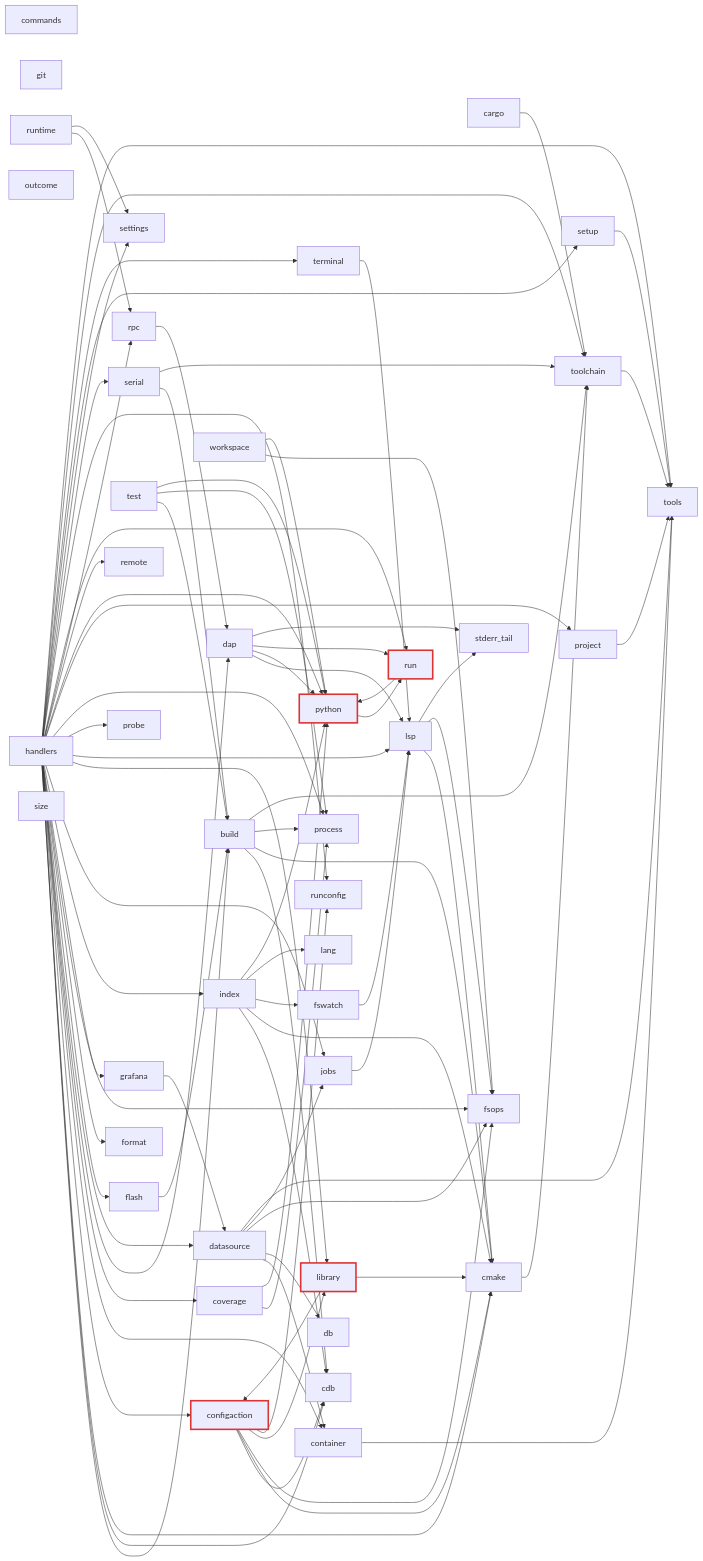
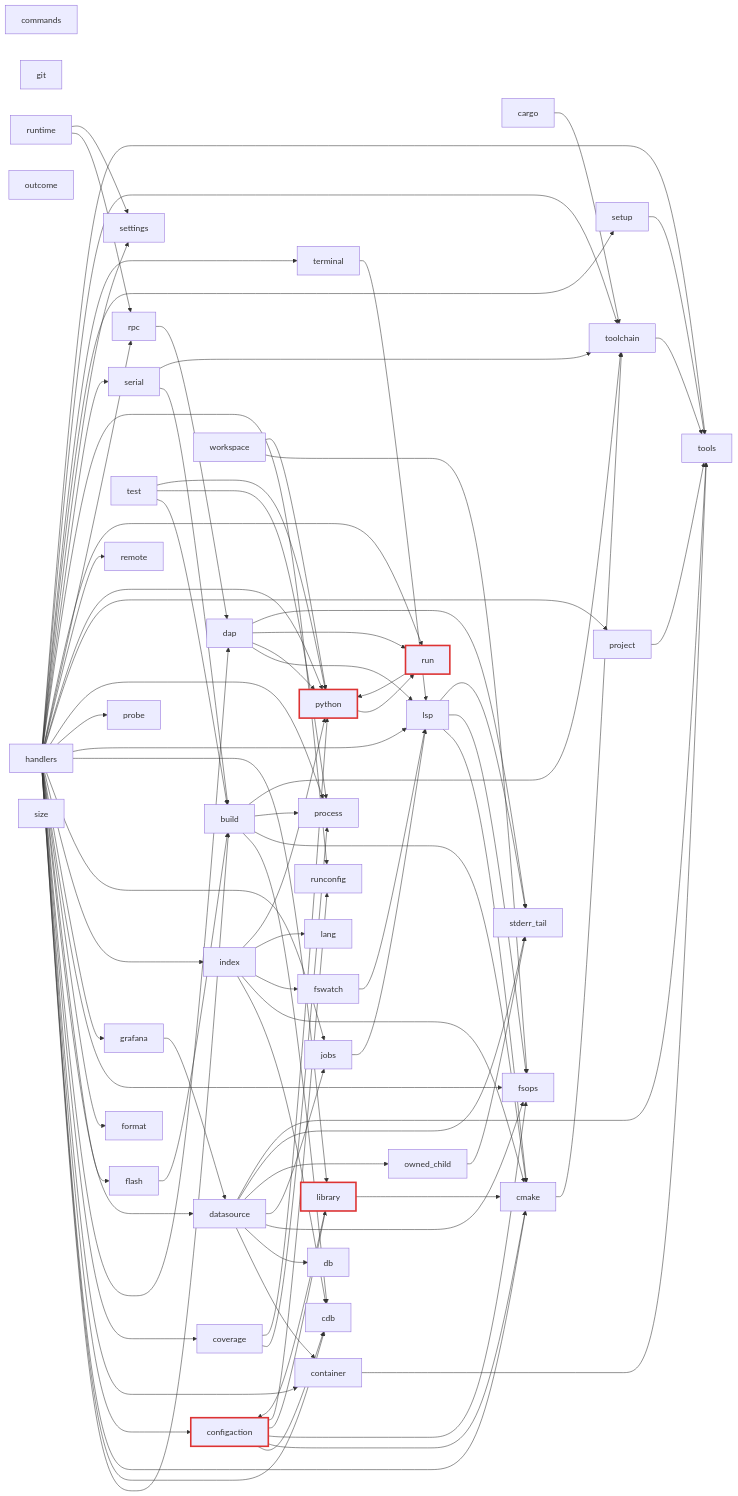
Before and after one commit to ViktorWalde/KineinVectis: the third of 16 diagrams in DocsPublic/arquitetura/01-mapa-de-modulos.md, drawn with Mermaid. The commit also changed other lines of this file and 17 other files, not shown here.

```diff
--- a/DocsPublic/arquitetura/01-mapa-de-modulos.md
+++ b/DocsPublic/arquitetura/01-mapa-de-modulos.md
@@ -109,6 +109,7 @@
   n_core_library[library]:::cycle
   n_core_lsp[lsp]
   n_core_outcome[outcome]
+  n_core_owned_child[owned_child]
   n_core_probe[probe]
   n_core_process[process]
   n_core_project[project]
@@ -150,6 +151,8 @@
   n_core_datasource --> n_core_db
   n_core_datasource --> n_core_fsops
   n_core_datasource --> n_core_jobs
+  n_core_datasource --> n_core_owned_child
+  n_core_datasource --> n_core_stderr_tail
   n_core_datasource --> n_core_tools
   n_core_flash --> n_core_build
   n_core_fswatch --> n_core_lsp
@@ -195,6 +198,7 @@
   n_core_lsp --> n_core_cmake
   n_core_lsp --> n_core_fsops
   n_core_lsp --> n_core_stderr_tail
+  n_core_owned_child --> n_core_stderr_tail
   n_core_project --> n_core_tools
   n_core_python --> n_core_run
   n_core_rpc --> n_core_dap
```
